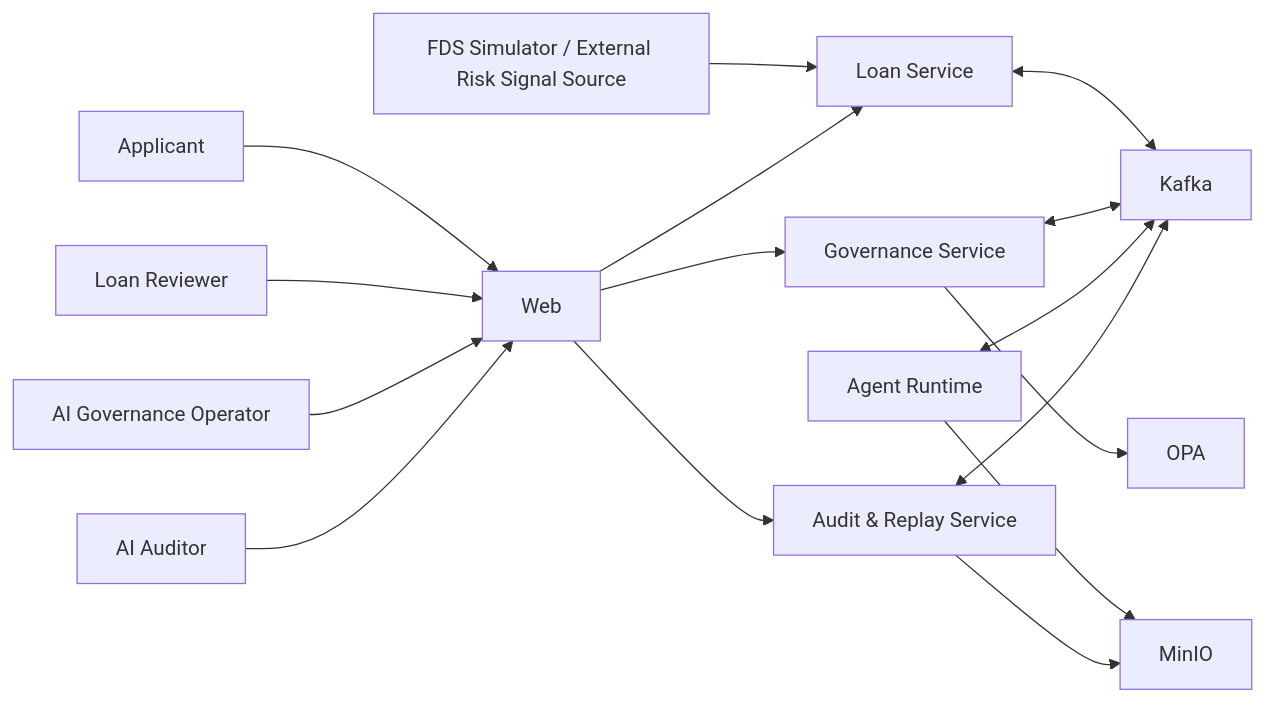
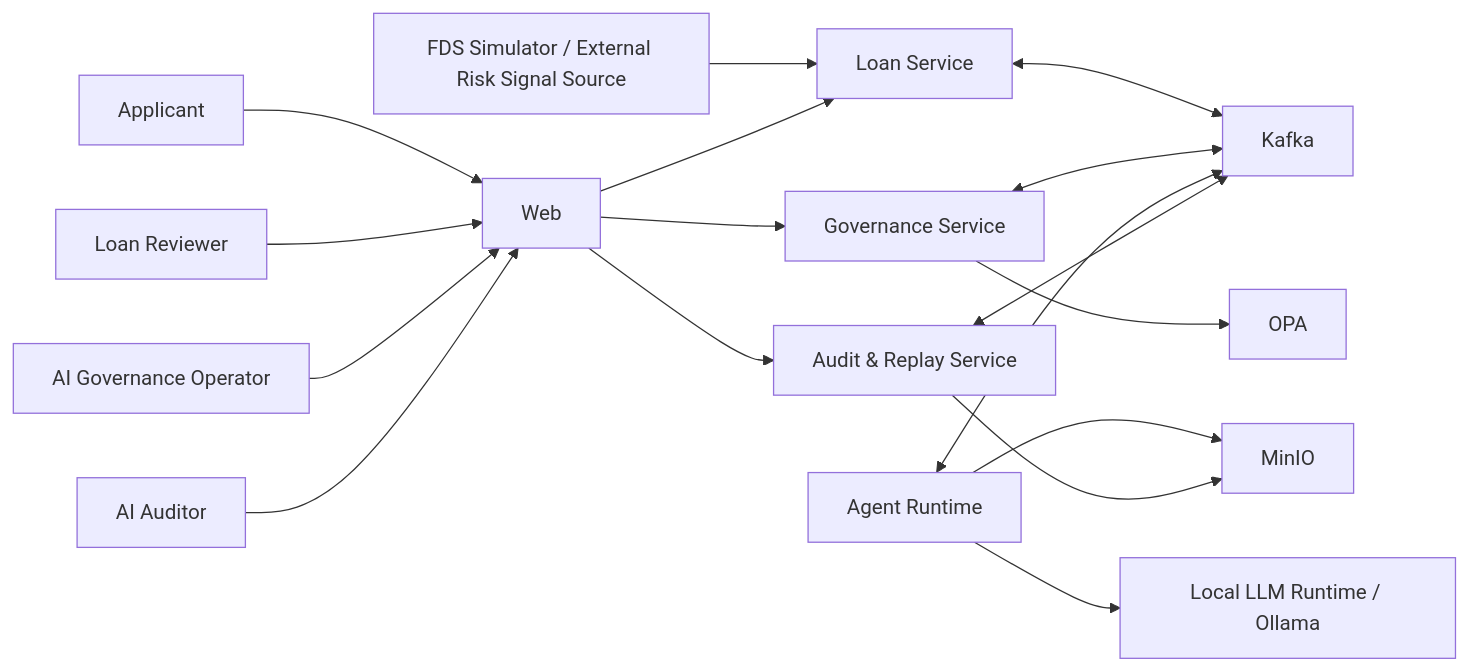
The diagram in architecture/system-context.md (dlsrnjs125/rippleguard-docs), drawn with Mermaid before and after one commit. The commit also changed other lines of this file and 36 other files, not shown here.

First line of the commit message:
docs: adopt local llm first agent strategy (#8)

````diff
--- a/architecture/system-context.md
+++ b/architecture/system-context.md
@@ -5,18 +5,19 @@
 ```mermaid
 flowchart LR
   Applicant --> Web[Web]
   Reviewer[Loan Reviewer] --> Web
   Operator[AI Governance Operator] --> Web
   Auditor[AI Auditor] --> Web
   FDS[FDS Simulator / External Risk Signal Source] --> Loan
   Web --> Loan[Loan Service]
   Web --> Gov[Governance Service]
   Web --> Audit[Audit & Replay Service]
   Loan <--> Kafka
   Gov <--> Kafka
   Runtime[Agent Runtime] <--> Kafka
+  Runtime --> Ollama[Local LLM Runtime / Ollama]
   Audit <--> Kafka
   Gov --> OPA
   Runtime --> MinIO
   Audit --> MinIO
 ```
````
